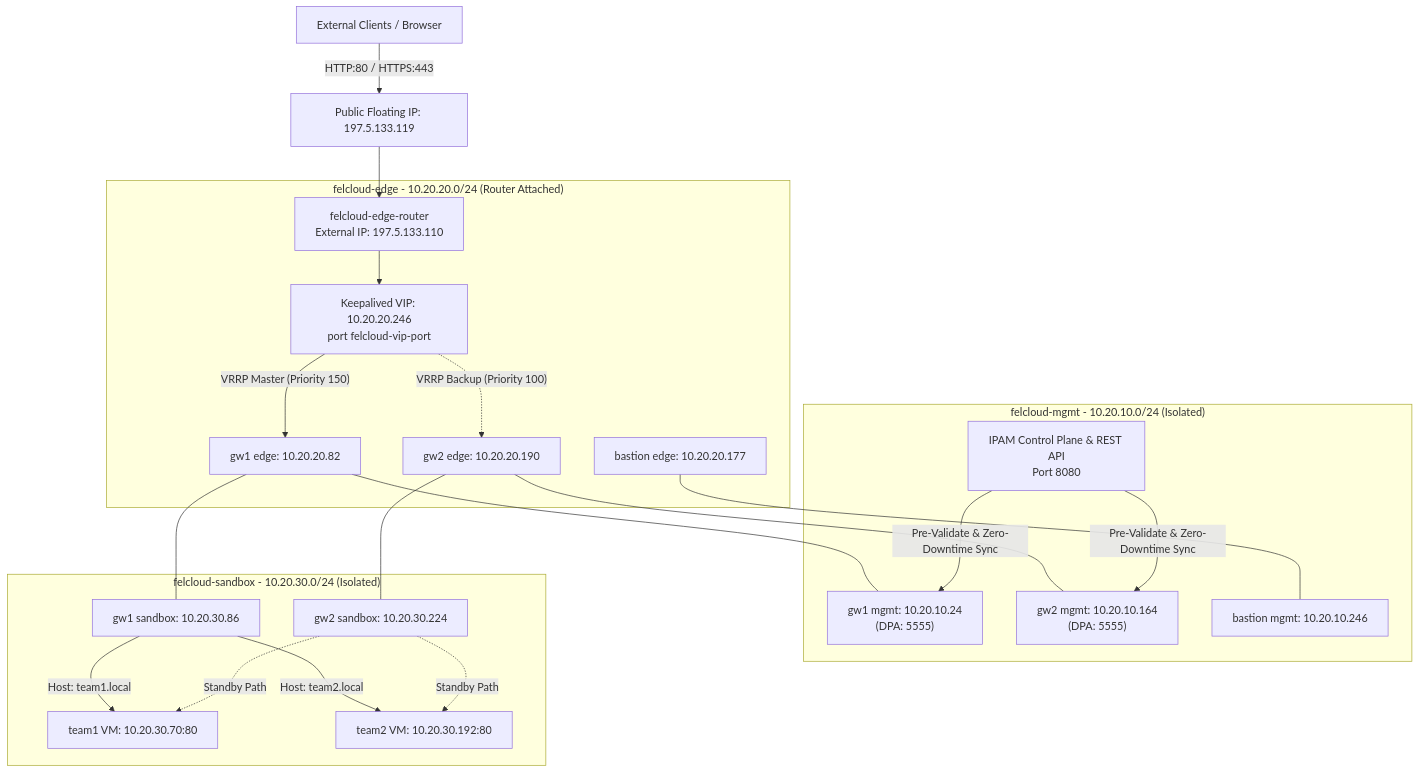
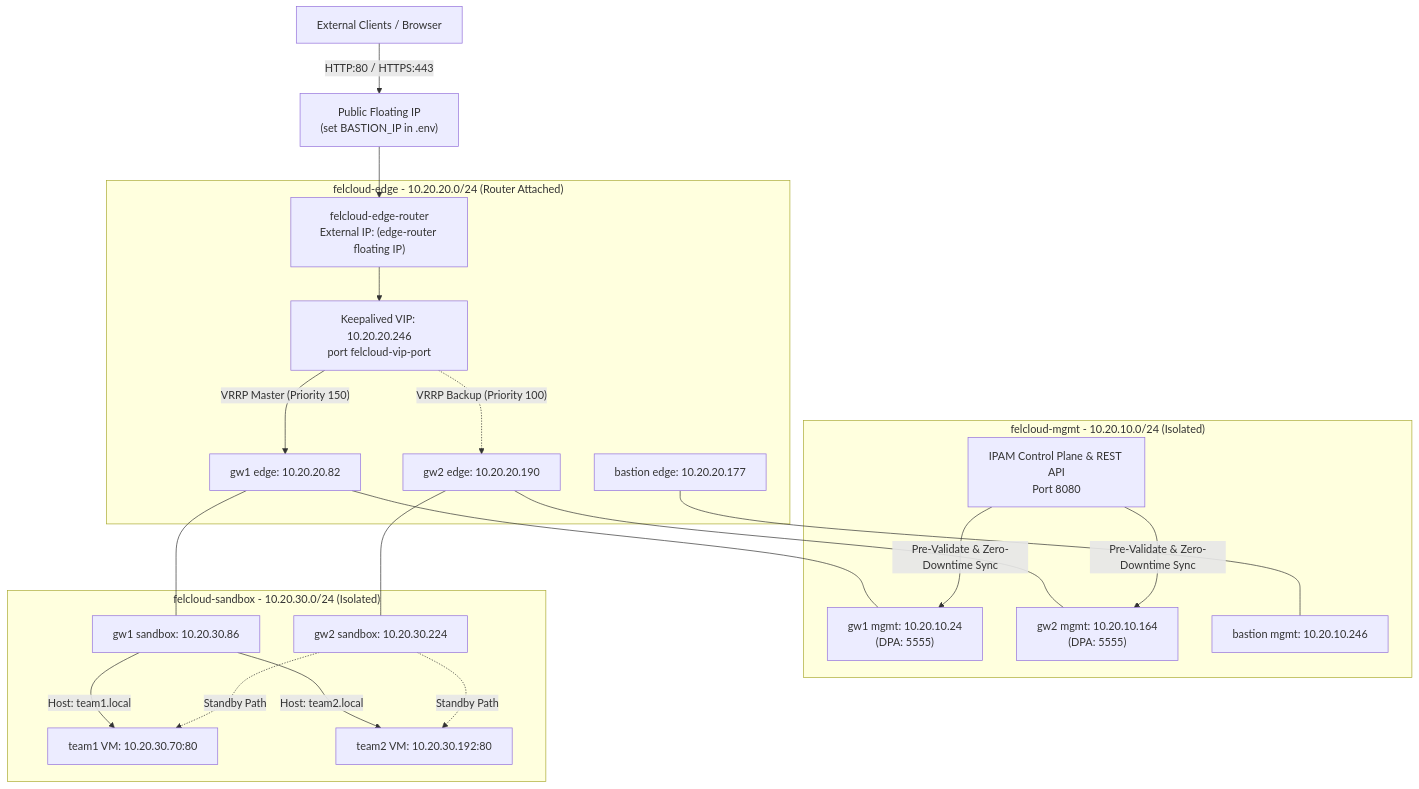
The first of 3 diagrams in README.md (ben-slimene-nour-el-houda/felcloud), drawn with Mermaid before and after one commit. The commit also changed other lines of this file and 20 other files, not shown here.

````diff
--- a/README.md
+++ b/README.md
@@ -75,44 +75,44 @@
 ```mermaid
 flowchart TB
     Client["External Clients / Browser"]
-    PUB["Public Floating IP: 197.5.133.119"]
+    PUB["Public Floating IP\n(set BASTION_IP in .env)"]
     Client -->|HTTP:80 / HTTPS:443| PUB
 
     subgraph EDGE["felcloud-edge - 10.20.20.0/24 (Router Attached)"]
-        RTR["felcloud-edge-router<br/>External IP: 197.5.133.110"]
+        RTR["felcloud-edge-router<br/>External IP: (edge-router floating IP)"]
         VIP["Keepalived VIP: 10.20.20.246<br/>port felcloud-vip-port"]
         GW1E["gw1 edge: 10.20.20.82"]
         GW2E["gw2 edge: 10.20.20.190"]
         BASE["bastion edge: 10.20.20.177"]
     end
 
     subgraph MGMT["felcloud-mgmt - 10.20.10.0/24 (Isolated)"]
         GW1M["gw1 mgmt: 10.20.10.24<br/>(DPA: 5555)"]
         GW2M["gw2 mgmt: 10.20.10.164<br/>(DPA: 5555)"]
         BASM["bastion mgmt: 10.20.10.246"]
         IPAM["IPAM Control Plane & REST API<br/>Port 8080"]
     end
 
     subgraph SBX["felcloud-sandbox - 10.20.30.0/24 (Isolated)"]
         GW1S["gw1 sandbox: 10.20.30.86"]
         GW2S["gw2 sandbox: 10.20.30.224"]
         T1["team1 VM: 10.20.30.70:80"]
         T2["team2 VM: 10.20.30.192:80"]
     end
 
     PUB --> RTR
     RTR --> VIP
     VIP -->|"VRRP Master (Priority 150)"| GW1E
     VIP -.->|"VRRP Backup (Priority 100)"| GW2E
     GW1E --- GW1M
     GW1E --- GW1S
     GW2E --- GW2M
     GW2E --- GW2S
     GW1S -->|"Host: team1.local"| T1
     GW1S -->|"Host: team2.local"| T2
     GW2S -.->|"Standby Path"| T1
     GW2S -.->|"Standby Path"| T2
     BASE --- BASM
     IPAM -->|"Pre-Validate & Zero-Downtime Sync"| GW1M
     IPAM -->|"Pre-Validate & Zero-Downtime Sync"| GW2M
 ```
````
